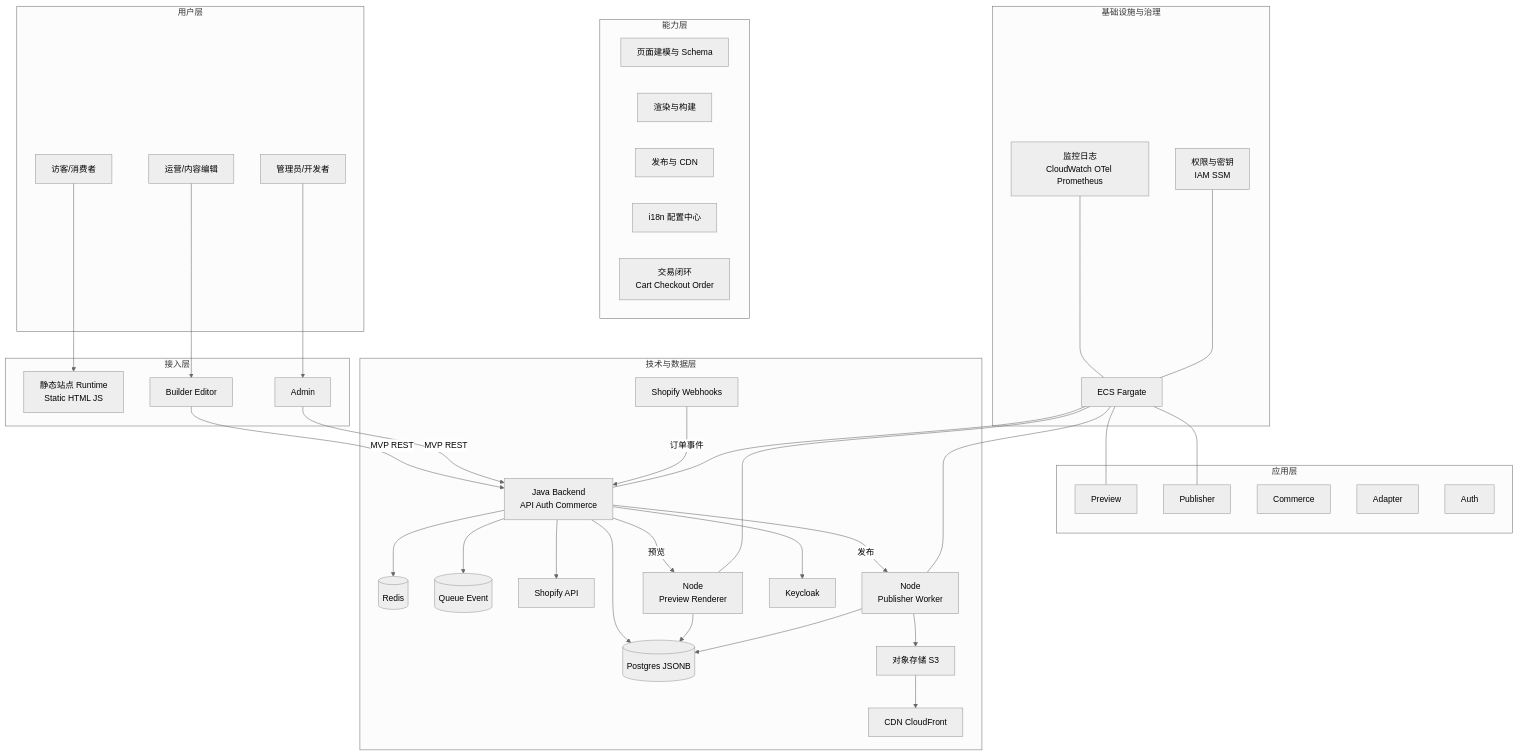
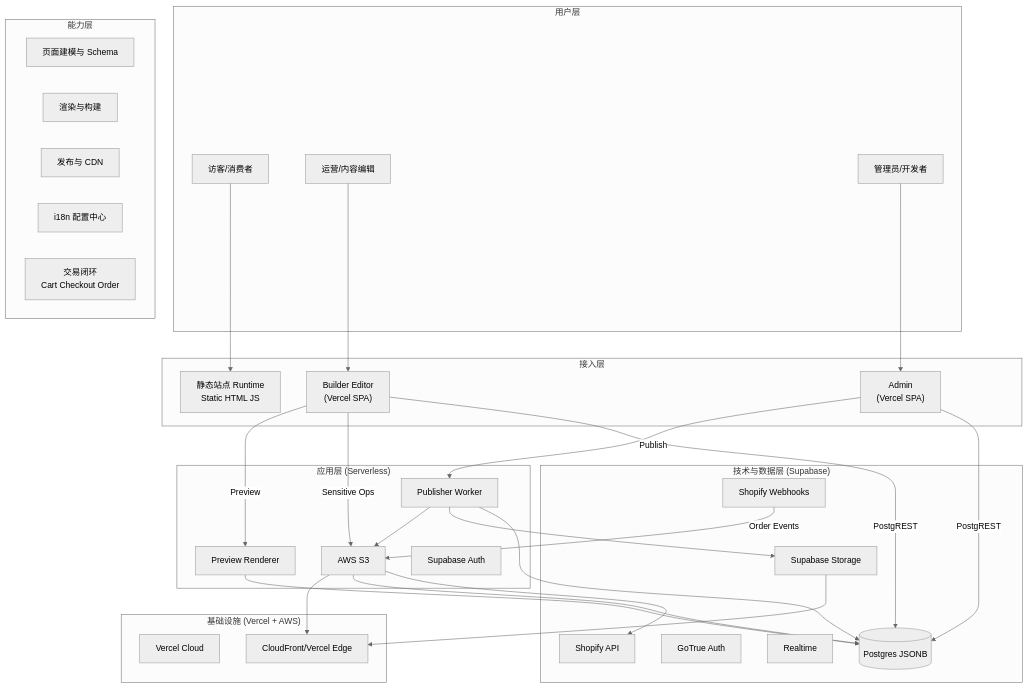
The first of 14 diagrams in .trae/documents/02_Technical_Architecture/09_架构设计图表.md (AIYAZONE/Atlas), drawn with Mermaid (neutral theme) before and after one commit. The commit also changed other lines of this file and 9 other files, not shown here.

````diff
--- a/.trae/documents/02_Technical_Architecture/09_架构设计图表.md
+++ b/.trae/documents/02_Technical_Architecture/09_架构设计图表.md
@@ -12,79 +12,69 @@
 ```mermaid
 graph TB
   subgraph "用户层"
     U1[访客/消费者]
     U2[运营/内容编辑]
     U3[管理员/开发者]
   end
 
   subgraph "接入层"
     C1["静态站点 Runtime\nStatic HTML JS"]
-    C2["Builder Editor"]
-    C3[Admin]
+    C2["Builder Editor\n(Vercel SPA)"]
+    C3["Admin\n(Vercel SPA)"]
   end
 
-  subgraph "应用层"
-    S1[Preview]
-    S2[Publisher]
-    S3[Commerce]
-    S4[Adapter]
-    S5[Auth]
+  subgraph "应用层 (Serverless)"
+    S1[Preview Renderer]
+    S2[Publisher Worker]
+    S3[Edge Functions]
+    S4[Supabase Auth]
   end
 
   subgraph "能力层"
     B1[页面建模与 Schema]
     B2[渲染与构建]
     B3[发布与 CDN]
     B4[i18n 配置中心]
     B5["交易闭环\nCart Checkout Order"]
   end
 
-  subgraph "技术与数据层"
+  subgraph "技术与数据层 (Supabase)"
     DB[(Postgres JSONB)]
-    Cache[(Redis)]
-    Bus[(Queue Event)]
-    Obj[对象存储 S3]
-    CDN[CDN CloudFront]
+    Storage[Supabase Storage]
+    Auth[GoTrue Auth]
+    Realtime[Realtime]
+    
     Shopify[Shopify API]
     Webhook[Shopify Webhooks]
-    Java["Java Backend\nAPI Auth Commerce"]
-    NodePreview["Node\nPreview Renderer"]
-    NodeWorker["Node\nPublisher Worker"]
-    IDP[Keycloak]
   end
 
-  subgraph "基础设施与治理"
-    Run[ECS Fargate]
-    Obs["监控日志\nCloudWatch OTel Prometheus"]
-    Sec["权限与密钥\nIAM SSM"]
+  subgraph "基础设施 (Vercel + AWS)"
+    Vercel[Vercel Cloud]
+    S3[AWS S3]
+    CDN[CloudFront/Vercel Edge]
   end
 
   U1 --> C1
   U2 --> C2
   U3 --> C3
 
-  C2 -->|MVP REST| Java
-  C3 -->|MVP REST| Java
-  Java --> DB
-  Java --> Cache
-  Java --> Bus
-  Java --> Shopify
-  Java --> IDP
-  Webhook -->|订单事件| Java
+  C2 -->|PostgREST| DB
+  C3 -->|PostgREST| DB
+  
+  C2 -->|Sensitive Ops| S3
+  S3 --> Shopify
+  
+  Webhook -->|Order Events| S3
+  S3 --> DB
 
-  Java -->|预览| NodePreview
-  Java -->|发布| NodeWorker
-  NodePreview --> DB
-  NodeWorker --> DB
-  NodeWorker --> Obj
-
-  Obj --> CDN
-
-  Run --- Java
-  Run --- S1
-  Run --- S2
-  Run --- NodePreview
-  Run --- NodeWorker
-  Obs --- Run
-  Sec --- Run
+  C2 -->|Preview| S1
+  C3 -->|Publish| S2
+  
+  S1 --> DB
+  S2 --> DB
+  S2 --> Storage
+  S2 --> S3
+  
+  Storage --> CDN
+  S3 --> CDN
 ```
````
